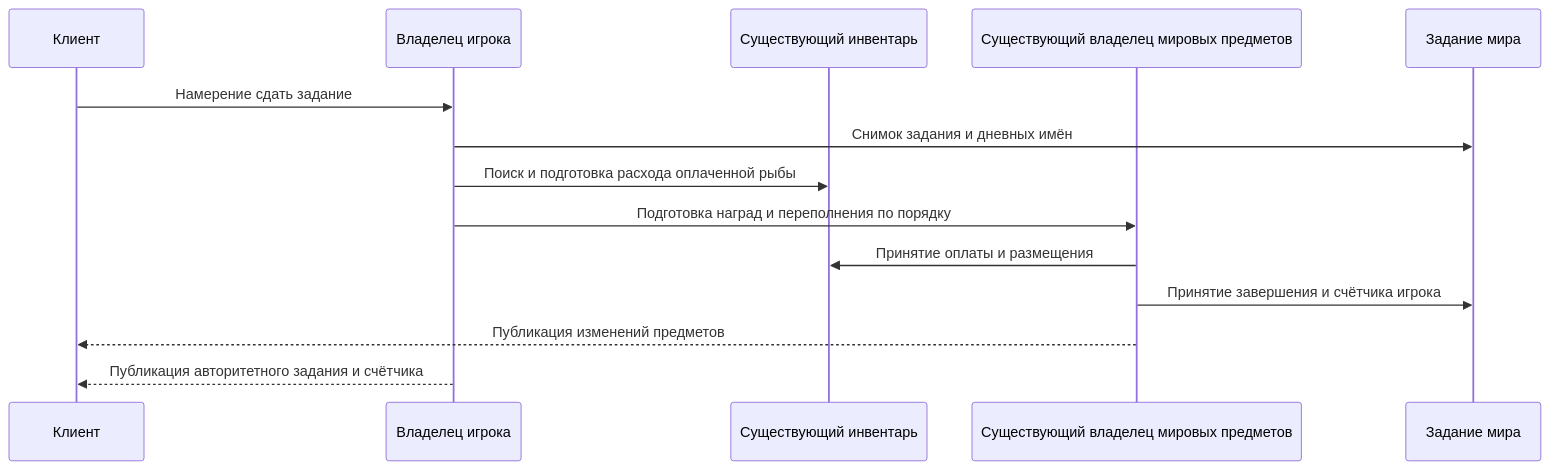
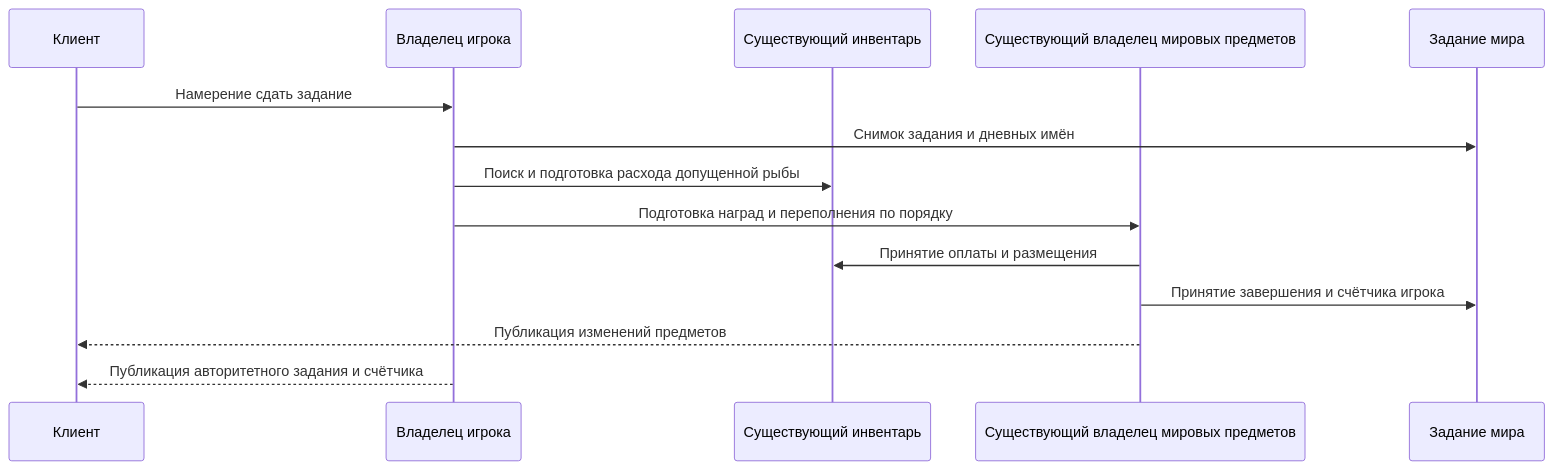
The diagram in docs/ru/angler-quest-authority-1458.md (VegaKernel/TerraRuntime), drawn with Mermaid before and after one commit. The commit also changed other lines of this file and 36 other files, not shown here.

````diff
--- a/docs/ru/angler-quest-authority-1458.md
+++ b/docs/ru/angler-quest-authority-1458.md
@@ -11,16 +11,16 @@
 ```mermaid
 sequenceDiagram
     participant Client as Клиент
     participant Player as Владелец игрока
     participant Inventory as Существующий инвентарь
     participant Rewards as Существующий владелец мировых предметов
     participant World as Задание мира
     Client->>Player: Намерение сдать задание
     Player->>World: Снимок задания и дневных имён
-    Player->>Inventory: Поиск и подготовка расхода оплаченной рыбы
+    Player->>Inventory: Поиск и подготовка расхода допущенной рыбы
     Player->>Rewards: Подготовка наград и переполнения по порядку
     Rewards->>Inventory: Принятие оплаты и размещения
     Rewards->>World: Принятие завершения и счётчика игрока
     Rewards-->>Client: Публикация изменений предметов
     Player-->>Client: Публикация авторитетного задания и счётчика
 ```
````
